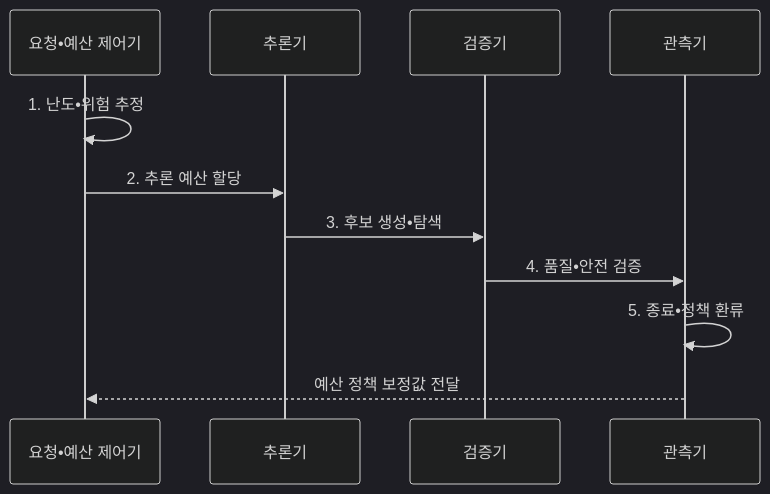
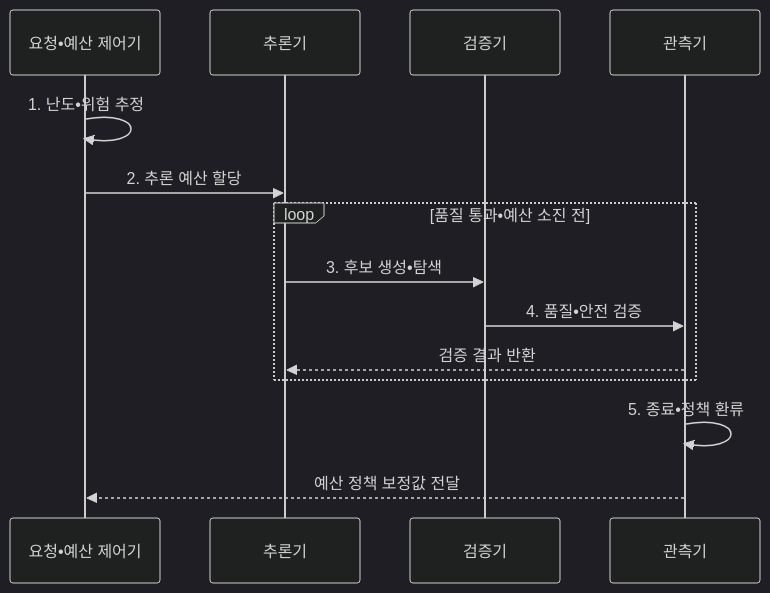
Before and after one commit to agnusdei1207/knowledge-base: the second of 2 diagrams in src/content/docs/notes/08-latest-tech/040_test_time_compute.md, drawn with Mermaid (dark theme). The commit also changed other lines of this file and 2 other files, not shown here.

Commit message:
08-latest-tech 021-040

````diff
--- a/src/content/docs/notes/08-latest-tech/040_test_time_compute.md
+++ b/src/content/docs/notes/08-latest-tech/040_test_time_compute.md
@@ -110,13 +110,16 @@
 ```mermaid
 sequenceDiagram
   participant B as 요청•예산 제어기
   participant I as 추론기
   participant V as 검증기
   participant O as 관측기
   B->>B: 1. 난도•위험 추정
   B->>I: 2. 추론 예산 할당
-  I->>V: 3. 후보 생성•탐색
-  V->>O: 4. 품질•안전 검증
+  loop 품질 통과•예산 소진 전
+    I->>V: 3. 후보 생성•탐색
+    V->>O: 4. 품질•안전 검증
+    O-->>I: 검증 결과 반환
+  end
   O->>O: 5. 종료•정책 환류
   O-->>B: 예산 정책 보정값 전달
 ```
````
